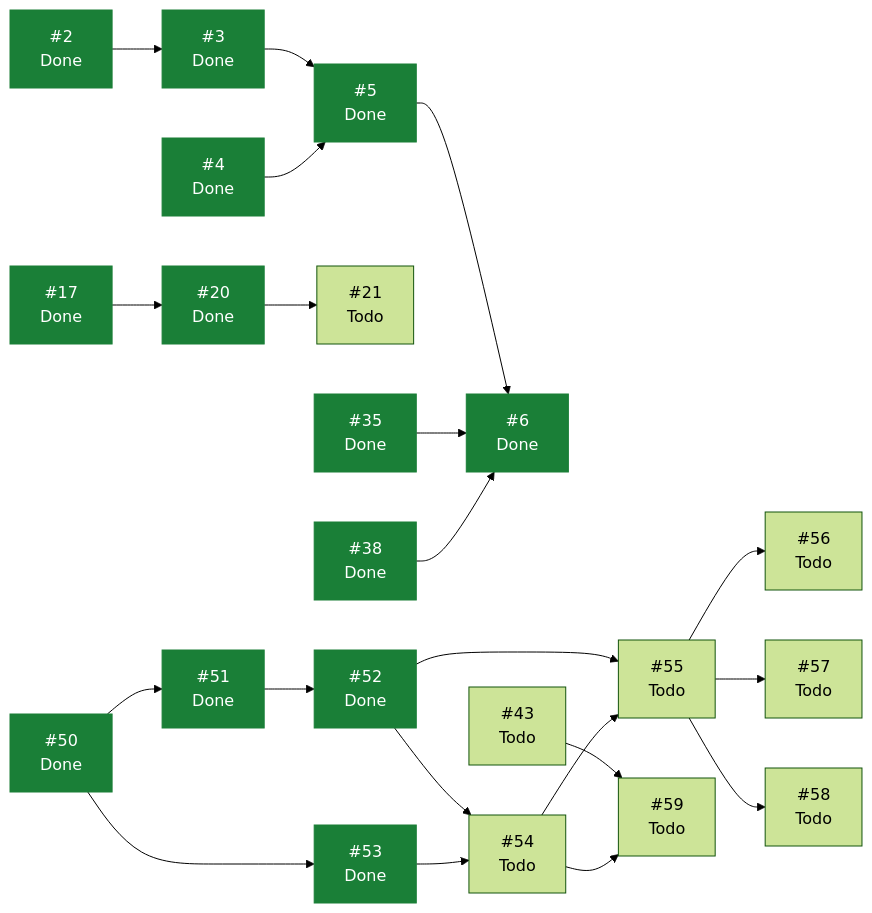
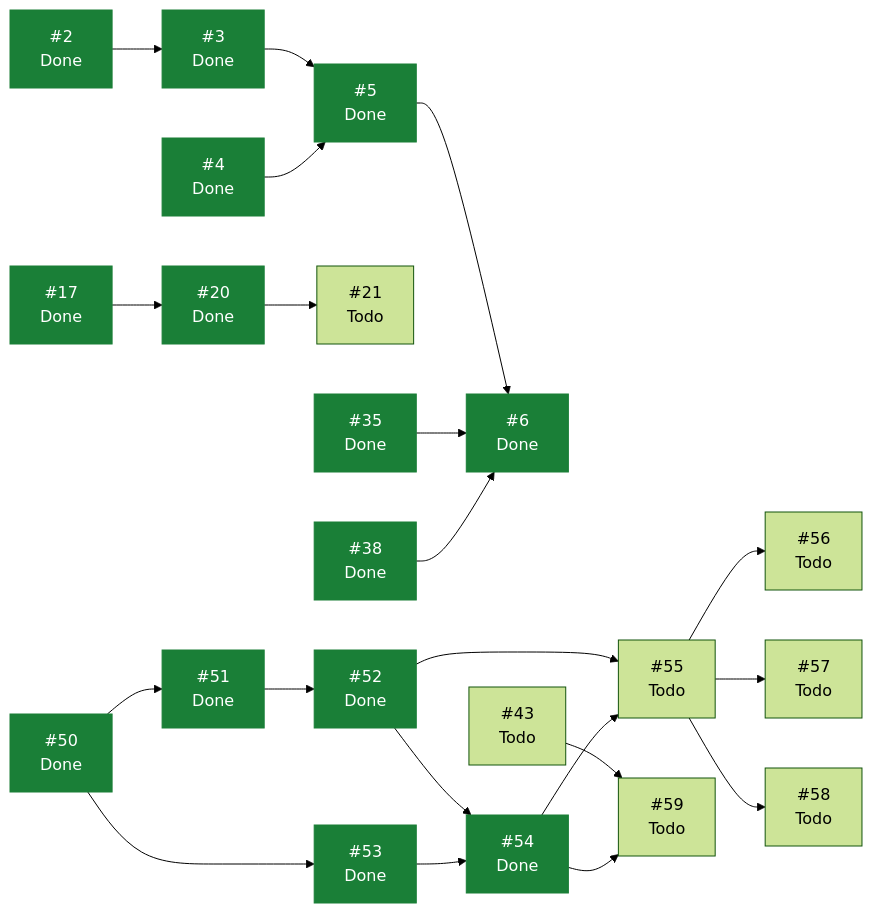
One commit to ecamp0s/evault changed the diagram in docs/planning/STATUS.md. Above: the diagram before and after it, drawn with Mermaid (forest theme). The commit also changed other lines of this file, not shown here.

````diff
--- a/docs/planning/STATUS.md
+++ b/docs/planning/STATUS.md
@@ -87,46 +87,46 @@
 ```mermaid
 graph LR
   I2["#2<br/>Done"]
   I3["#3<br/>Done"]
   I4["#4<br/>Done"]
   I5["#5<br/>Done"]
   I6["#6<br/>Done"]
   I17["#17<br/>Done"]
   I20["#20<br/>Done"]
   I21["#21<br/>Todo"]
   I35["#35<br/>Done"]
   I38["#38<br/>Done"]
   I43["#43<br/>Todo"]
   I50["#50<br/>Done"]
   I51["#51<br/>Done"]
   I52["#52<br/>Done"]
   I53["#53<br/>Done"]
-  I54["#54<br/>Todo"]
+  I54["#54<br/>Done"]
   I55["#55<br/>Todo"]
   I56["#56<br/>Todo"]
   I57["#57<br/>Todo"]
   I58["#58<br/>Todo"]
   I59["#59<br/>Todo"]
   I2 --> I3
   I3 --> I5
   I4 --> I5
   I5 --> I6
   I17 --> I20
   I20 --> I21
   I35 --> I6
   I38 --> I6
   I43 --> I59
   I50 --> I51
   I50 --> I53
   I51 --> I52
   I52 --> I54
   I52 --> I55
   I53 --> I54
   I54 --> I55
   I54 --> I59
   I55 --> I56
   I55 --> I57
   I55 --> I58
   classDef hecho fill:#1a7f37,stroke:#1a7f37,color:#fff;
-  class I2,I3,I4,I5,I6,I17,I20,I35,I38,I50,I51,I52,I53 hecho;
+  class I2,I3,I4,I5,I6,I17,I20,I35,I38,I50,I51,I52,I53,I54 hecho;
 ```
````
